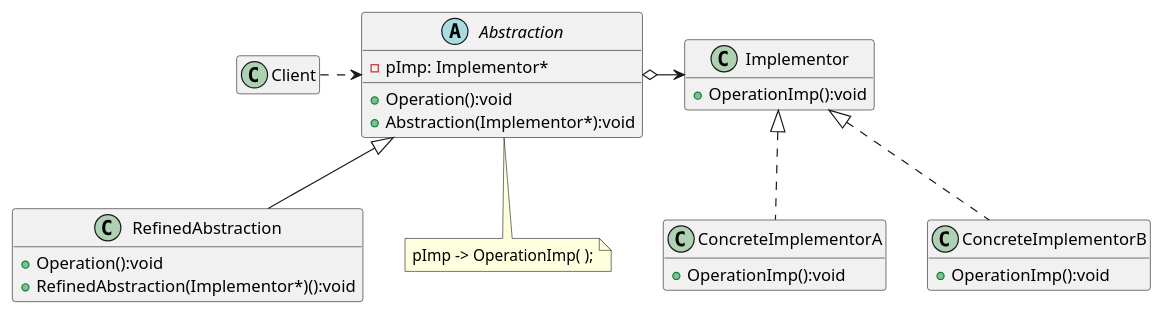
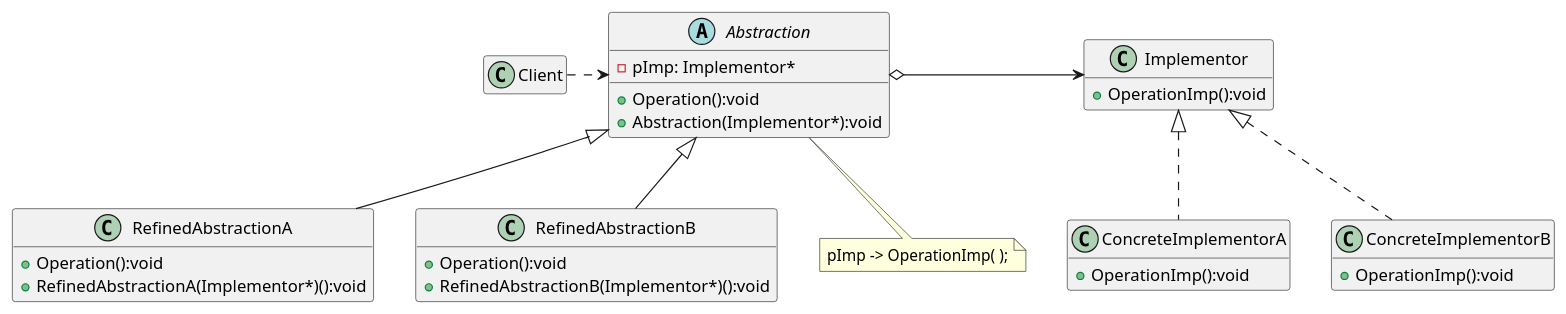
One commit to LviatYi/KnownBase changed the first of 3 diagrams in DesignPatternNote/index/bridge.md. Above: the diagram before and after it, drawn with PlantUML. The commit also changed other lines of this file and 7 other files, not shown here.

````diff
--- a/DesignPatternNote/index/bridge.md
+++ b/DesignPatternNote/index/bridge.md
@@ -30,34 +33,39 @@
 ```PlantUML
 @startUML Bridge_ClassDiagram
 hide empty member
 class Client
 abstract Abstraction{
     - pImp: Implementor*
     + Operation():void
     + Abstraction(Implementor*):void
 }
-class RefinedAbstraction{
+class RefinedAbstractionA{
     + Operation():void
-    + RefinedAbstraction(Implementor*)():void
+    + RefinedAbstractionA(Implementor*)():void
+}
+class RefinedAbstractionB{
+    + Operation():void
+    + RefinedAbstractionB(Implementor*)():void
 }
 class Implementor{
     + OperationImp():void
 }
 class ConcreteImplementorA{
     + OperationImp():void
 }
 class ConcreteImplementorB{
     + OperationImp():void
 }
 
 Client .right.> Abstraction
 Abstraction o-right->Implementor
-Abstraction <|-- RefinedAbstraction
+Abstraction <|-- RefinedAbstractionA
+Abstraction <|-- RefinedAbstractionB
 Implementor <|.. ConcreteImplementorA
 Implementor <|.. ConcreteImplementorB
 
 note bottom of Abstraction
 pImp -> OperationImp( );
 end note
 @endUML
 ```
````
